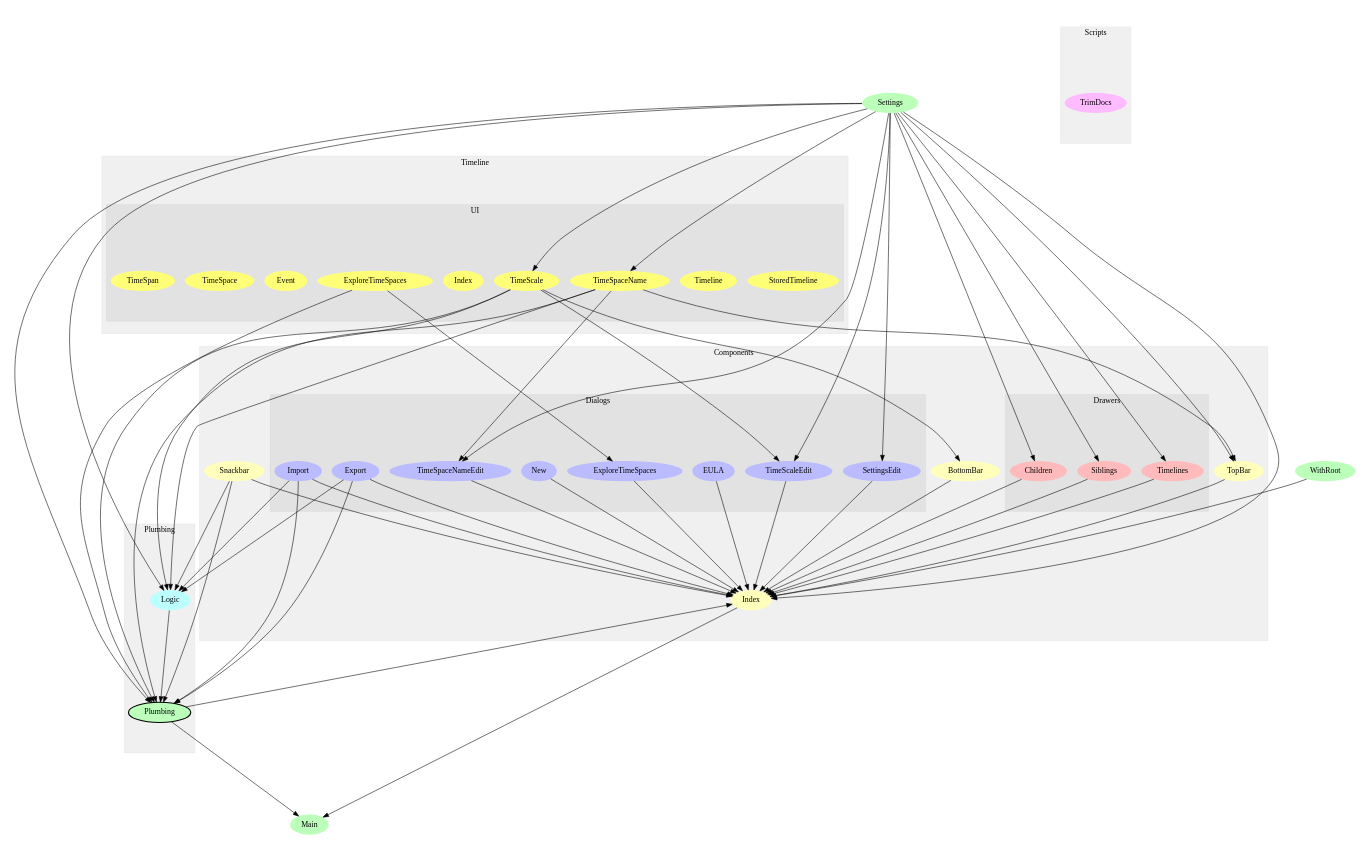
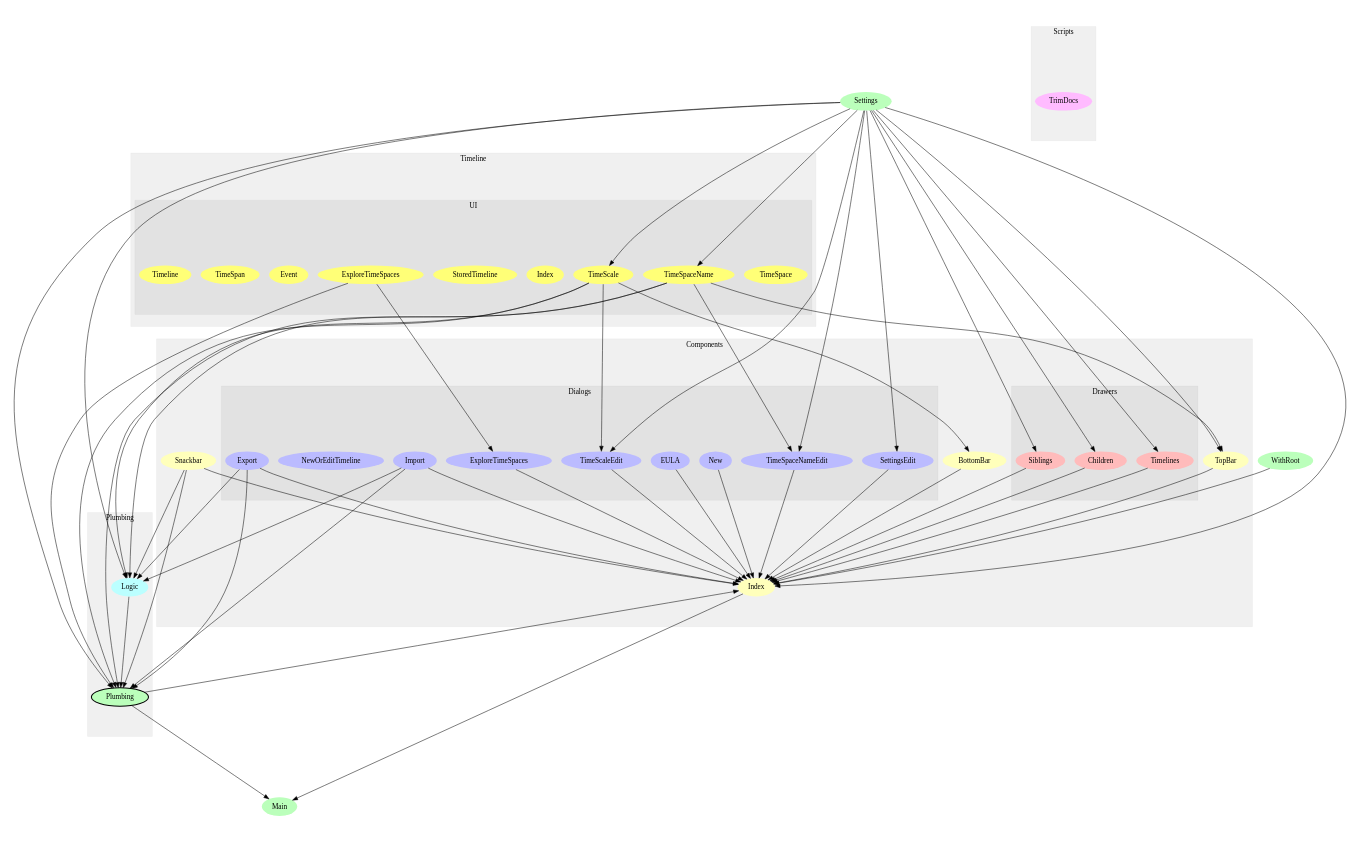
Before and after one commit to openchronology/openchronology.github.io: the diagram in graphs/modules.dot, drawn with Graphviz. The commit also changed 23 other files, not shown here.

```diff
--- a/graphs/modules.dot
+++ b/graphs/modules.dot
@@ -1,124 +1,125 @@
 digraph Modules {
 size="12,8";
 ratio="fill";
 u16[label="Settings",style="filled",fillcolor="#bbffbb",penwidth="0"];
-u17[label="Main",style="filled",fillcolor="#bbffbb",penwidth="0"];
-u18[label="WithRoot",style="filled",fillcolor="#bbffbb",penwidth="0"];
+u18[label="Main",style="filled",fillcolor="#bbffbb",penwidth="0"];
+u29[label="WithRoot",style="filled",fillcolor="#bbffbb",penwidth="0"];
 subgraph cluster_0 {
 label="Components";
 color="#0000000F";
 style="filled";
-u8[label="Index",style="filled",fillcolor="#ffffbb",penwidth="0"];
-u9[label="Snackbar",style="filled",fillcolor="#ffffbb",penwidth="0"];
+u0[label="BottomBar",style="filled",fillcolor="#ffffbb",penwidth="0"];
 u10[label="TopBar",style="filled",fillcolor="#ffffbb",penwidth="0"];
-u11[label="BottomBar",style="filled",fillcolor="#ffffbb",penwidth="0"];
+u11[label="Index",style="filled",fillcolor="#ffffbb",penwidth="0"];
+u12[label="Snackbar",style="filled",fillcolor="#ffffbb",penwidth="0"];
 subgraph cluster_1 {
 label="Dialogs";
 color="#0000000F";
 style="filled";
-u0[label="SettingsEdit",style="filled",fillcolor="#bbbbff",penwidth="0"];
-u1[label="New",style="filled",fillcolor="#bbbbff",penwidth="0"];
-u2[label="ExploreTimeSpaces",style="filled",fillcolor="#bbbbff",penwidth="0"];
-u3[label="TimeScaleEdit",style="filled",fillcolor="#bbbbff",penwidth="0"];
-u4[label="TimeSpaceNameEdit",style="filled",fillcolor="#bbbbff",penwidth="0"];
-u5[label="EULA",style="filled",fillcolor="#bbbbff",penwidth="0"];
-u6[label="Export",style="filled",fillcolor="#bbbbff",penwidth="0"];
-u7[label="Import",style="filled",fillcolor="#bbbbff",penwidth="0"];
+u1[label="EULA",style="filled",fillcolor="#bbbbff",penwidth="0"];
+u2[label="Import",style="filled",fillcolor="#bbbbff",penwidth="0"];
+u3[label="ExploreTimeSpaces",style="filled",fillcolor="#bbbbff",penwidth="0"];
+u4[label="SettingsEdit",style="filled",fillcolor="#bbbbff",penwidth="0"];
+u5[label="TimeScaleEdit",style="filled",fillcolor="#bbbbff",penwidth="0"];
+u6[label="TimeSpaceNameEdit",style="filled",fillcolor="#bbbbff",penwidth="0"];
+u7[label="Export",style="filled",fillcolor="#bbbbff",penwidth="0"];
+u8[label="NewOrEditTimeline",style="filled",fillcolor="#bbbbff",penwidth="0"];
+u9[label="New",style="filled",fillcolor="#bbbbff",penwidth="0"];
 
 }
 subgraph cluster_2 {
 label="Drawers";
 color="#0000000F";
 style="filled";
-u12[label="Children",style="filled",fillcolor="#ffbbbb",penwidth="0"];
-u13[label="Timelines",style="filled",fillcolor="#ffbbbb",penwidth="0"];
-u14[label="Siblings",style="filled",fillcolor="#ffbbbb",penwidth="0"];
+u13[label="Siblings",style="filled",fillcolor="#ffbbbb",penwidth="0"];
+u14[label="Children",style="filled",fillcolor="#ffbbbb",penwidth="0"];
+u15[label="Timelines",style="filled",fillcolor="#ffbbbb",penwidth="0"];
 
 }
 
 }
 subgraph cluster_3 {
 label="Plumbing";
 color="#0000000F";
 style="filled";
-u15[label="Plumbing",style="filled,bold",fillcolor="#bbffbb"];
-u19[label="Logic",style="filled",fillcolor="#bbffff",penwidth="0"];
+u17[label="Plumbing",style="filled,bold",fillcolor="#bbffbb"];
+u28[label="Logic",style="filled",fillcolor="#bbffff",penwidth="0"];
 
 }
 subgraph cluster_4 {
 label="Scripts";
 color="#0000000F";
 style="filled";
-u20[label="TrimDocs",style="filled",fillcolor="#ffbbff",penwidth="0"];
+u30[label="TrimDocs",style="filled",fillcolor="#ffbbff",penwidth="0"];
 
 }
 subgraph cluster_5 {
 label="Timeline";
 color="#0000000F";
 style="filled";
 subgraph cluster_6 {
 label="UI";
 color="#0000000F";
 style="filled";
-u21[label="StoredTimeline",style="filled",fillcolor="#ffff77",penwidth="0"];
-u22[label="Timeline",style="filled",fillcolor="#ffff77",penwidth="0"];
-u23[label="ExploreTimeSpaces",style="filled",fillcolor="#ffff77",penwidth="0"];
+u19[label="TimeSpace",style="filled",fillcolor="#ffff77",penwidth="0"];
+u20[label="ExploreTimeSpaces",style="filled",fillcolor="#ffff77",penwidth="0"];
+u21[label="TimeScale",style="filled",fillcolor="#ffff77",penwidth="0"];
+u22[label="Index",style="filled",fillcolor="#ffff77",penwidth="0"];
+u23[label="StoredTimeline",style="filled",fillcolor="#ffff77",penwidth="0"];
 u24[label="TimeSpaceName",style="filled",fillcolor="#ffff77",penwidth="0"];
-u25[label="Index",style="filled",fillcolor="#ffff77",penwidth="0"];
-u26[label="TimeScale",style="filled",fillcolor="#ffff77",penwidth="0"];
-u27[label="Event",style="filled",fillcolor="#ffff77",penwidth="0"];
-u28[label="TimeSpace",style="filled",fillcolor="#ffff77",penwidth="0"];
-u29[label="TimeSpan",style="filled",fillcolor="#ffff77",penwidth="0"];
+u25[label="Event",style="filled",fillcolor="#ffff77",penwidth="0"];
+u26[label="TimeSpan",style="filled",fillcolor="#ffff77",penwidth="0"];
+u27[label="Timeline",style="filled",fillcolor="#ffff77",penwidth="0"];
 
 }
 
 }
-u16 -> u0;
-u23 -> u2;
-u16 -> u3;
-u26 -> u3;
+u21 -> u0;
+u20 -> u3;
 u16 -> u4;
-u24 -> u4;
-u0 -> u8;
-u1 -> u8;
-u2 -> u8;
-u3 -> u8;
-u4 -> u8;
-u5 -> u8;
-u6 -> u8;
-u7 -> u8;
-u9 -> u8;
-u10 -> u8;
-u11 -> u8;
-u12 -> u8;
-u13 -> u8;
-u14 -> u8;
-u15 -> u8;
-u16 -> u8;
-u18 -> u8;
+u16 -> u5;
+u21 -> u5;
+u16 -> u6;
+u24 -> u6;
 u16 -> u10;
 u24 -> u10;
-u26 -> u11;
-u16 -> u12;
+u0 -> u11;
+u1 -> u11;
+u2 -> u11;
+u3 -> u11;
+u4 -> u11;
+u5 -> u11;
+u6 -> u11;
+u7 -> u11;
+u9 -> u11;
+u10 -> u11;
+u12 -> u11;
+u13 -> u11;
+u14 -> u11;
+u15 -> u11;
+u16 -> u11;
+u17 -> u11;
+u29 -> u11;
 u16 -> u13;
 u16 -> u14;
-u6 -> u15;
-u7 -> u15;
-u9 -> u15;
 u16 -> u15;
-u19 -> u15;
-u23 -> u15;
-u24 -> u15;
-u26 -> u15;
-u8 -> u17;
-u15 -> u17;
-u6 -> u19;
-u7 -> u19;
-u9 -> u19;
-u16 -> u19;
-u24 -> u19;
-u26 -> u19;
+u2 -> u17;
+u7 -> u17;
+u12 -> u17;
+u16 -> u17;
+u20 -> u17;
+u21 -> u17;
+u24 -> u17;
+u28 -> u17;
+u11 -> u18;
+u17 -> u18;
+u16 -> u21;
 u16 -> u24;
-u16 -> u26;
+u2 -> u28;
+u7 -> u28;
+u12 -> u28;
+u16 -> u28;
+u21 -> u28;
+u24 -> u28;
 
 }
```
